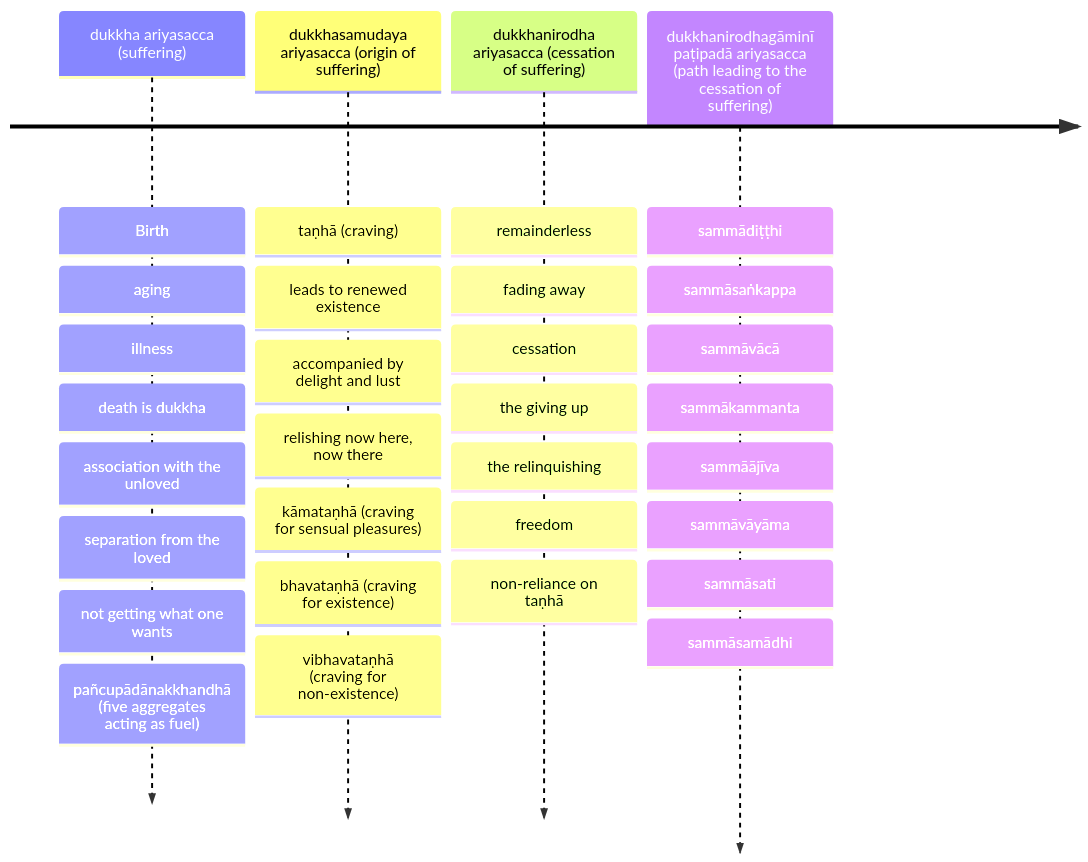
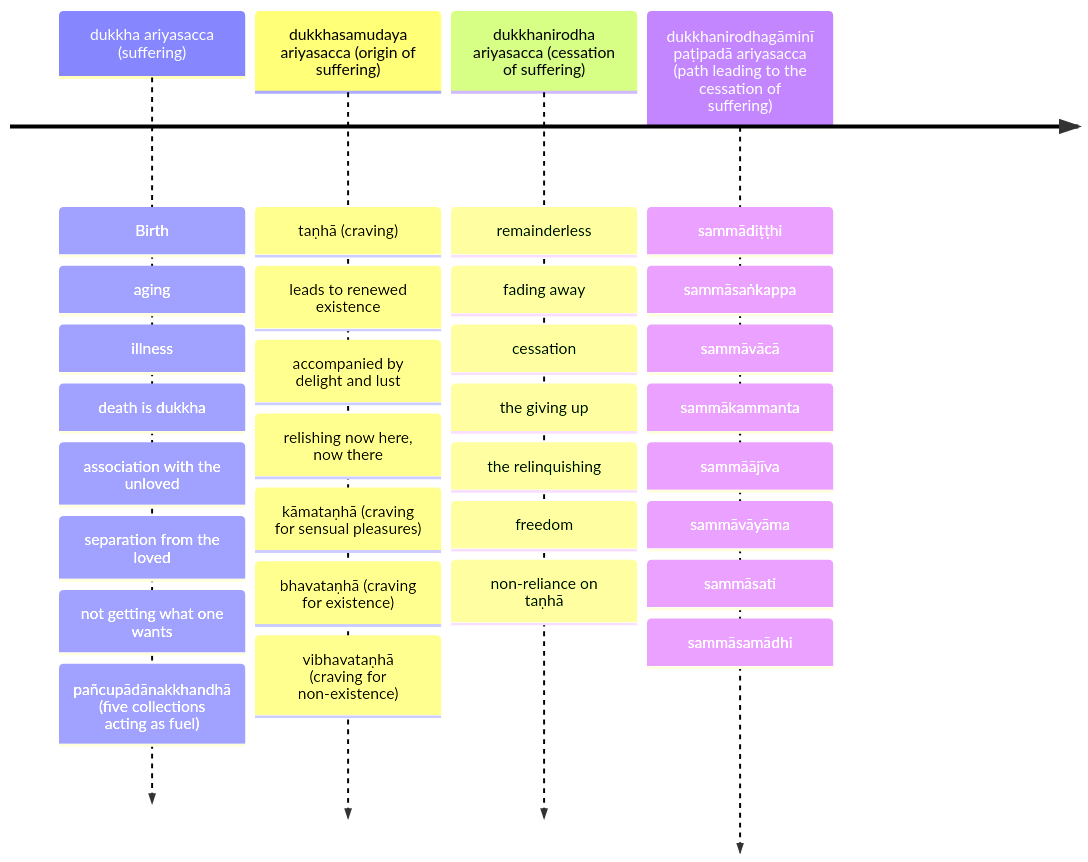
One commit to ChristineTham/tidipa changed the seventh of 13 diagrams in content/Khandhaka/1.6.md. Above: the diagram before and after it, drawn with Mermaid. The commit also changed other lines of this file and 1 other file, not shown here.

````diff
--- a/content/Khandhaka/1.6.md
+++ b/content/Khandhaka/1.6.md
@@ -340,40 +340,40 @@
 ```mermaid
 timeline
 dukkha ariyasacca (suffering)
     : Birth
     : aging
     : illness
     : death is dukkha
     : association with the unloved
     : separation from the loved
     : not getting what one wants
-    : pañcupādānakkhandhā (five aggregates acting as fuel)
+    : pañcupādānakkhandhā (five collections acting as fuel)
 
 dukkhasamudaya ariyasacca (origin of suffering)
     : taṇhā (craving)
     : leads to renewed existence
     : accompanied by delight and lust
     :  relishing now here, now there
     : kāmataṇhā (craving for sensual pleasures)
     : bhavataṇhā (craving for existence)
     : vibhavataṇhā (craving for non-existence)
 
 dukkhanirodha ariyasacca (cessation of suffering)
     : remainderless
     : fading away
     : cessation
     : the giving up
     : the relinquishing
     : freedom
     : non-reliance on taṇhā
 
 dukkhanirodhagāminī paṭipadā ariyasacca (path leading to the cessation of suffering)
     : sammādiṭṭhi
     : sammāsaṅkappa
     : sammāvācā
     : sammākammanta
     : sammāājīva
     : sammāvāyāma
     : sammāsati
     : sammāsamādhi
 ```
````
